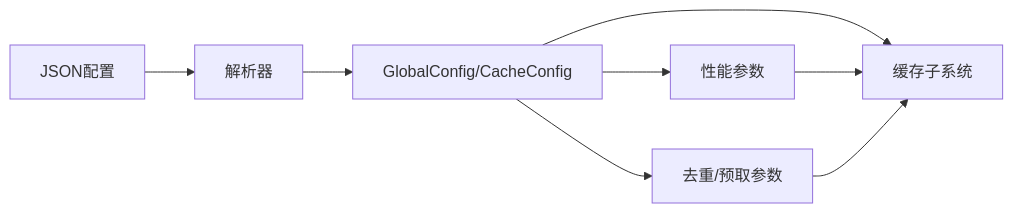
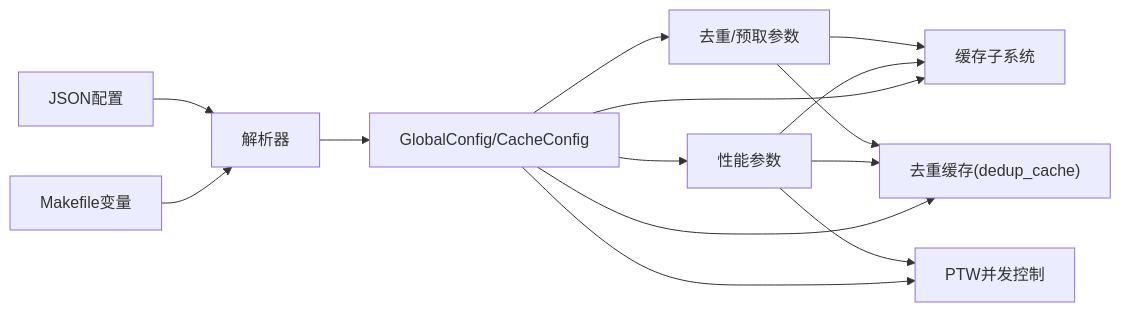
One commit to jiangjiang1122/iommu_model_20260401_v1 changed the fourth of 4 diagrams in .qoder/repowiki/zh/content/配置与参数/配置与参数.md. Above: the diagram before and after it, drawn with Mermaid. The commit also changed other lines of this file and 186 other files, not shown here.

````diff
--- a/.qoder/repowiki/zh/content/配置与参数/配置与参数.md
+++ b/.qoder/repowiki/zh/content/配置与参数/配置与参数.md
@@ -247,10 +309,16 @@
 ```mermaid
 graph LR
-J["JSON配置"] --> P["解析器"]
+M["Makefile变量"] --> P["解析器"]
+J["JSON配置"] --> P
 P --> T["GlobalConfig/CacheConfig"]
 T --> C["缓存子系统"]
+T --> D["去重缓存(dedup_cache)"]
 T --> PF["性能参数"]
 T --> DD["去重/预取参数"]
+T --> W["PTW并发控制"]
 PF --> C
+PF --> D
+PF --> W
 DD --> C
+DD --> D
 ```
````
